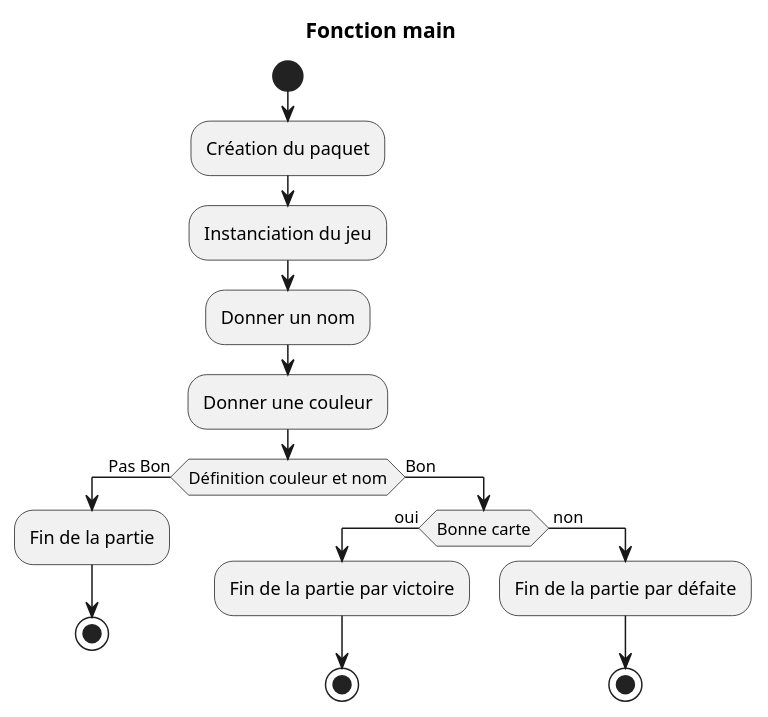
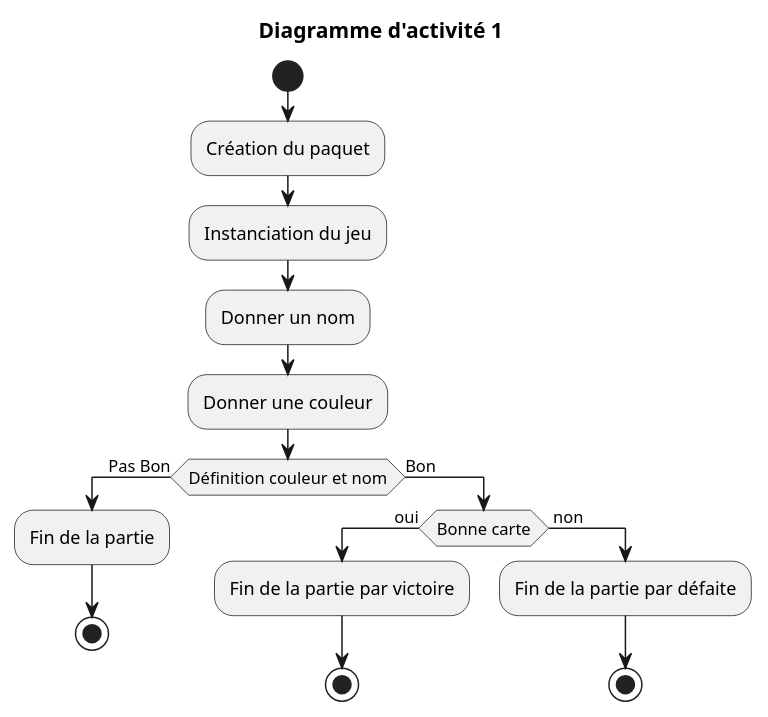
One commit to LiLcHUkuY/projet-dev-cartes changed the diagram in src/main/kotlin/org/sio/slam/devine/DiagActPre.adoc. Above: the diagram before and after it, drawn with PlantUML. The commit also changed 2 other files, not shown here.

Commit message:
Ajout fonction aide V1.0

```diff
--- a/src/main/kotlin/org/sio/slam/devine/DiagActPre.adoc
+++ b/src/main/kotlin/org/sio/slam/devine/DiagActPre.adoc
@@ -1,26 +1,26 @@
 [plantuml]
 -----
 @startuml
 
-title Fonction main
+title Diagramme d'activité 1
 
 start
 
 :Création du paquet;
 :Instanciation du jeu;
 :Donner un nom;
 :Donner une couleur;
 
 if (Définition couleur et nom) then (Pas Bon)
     :Fin de la partie;
     stop
 else (Bon)
     if (Bonne carte) then (oui)
         :Fin de la partie par victoire;
         stop
     else ( non)
         :Fin de la partie par défaite;
 
 stop
 @enduml
 -----
```
